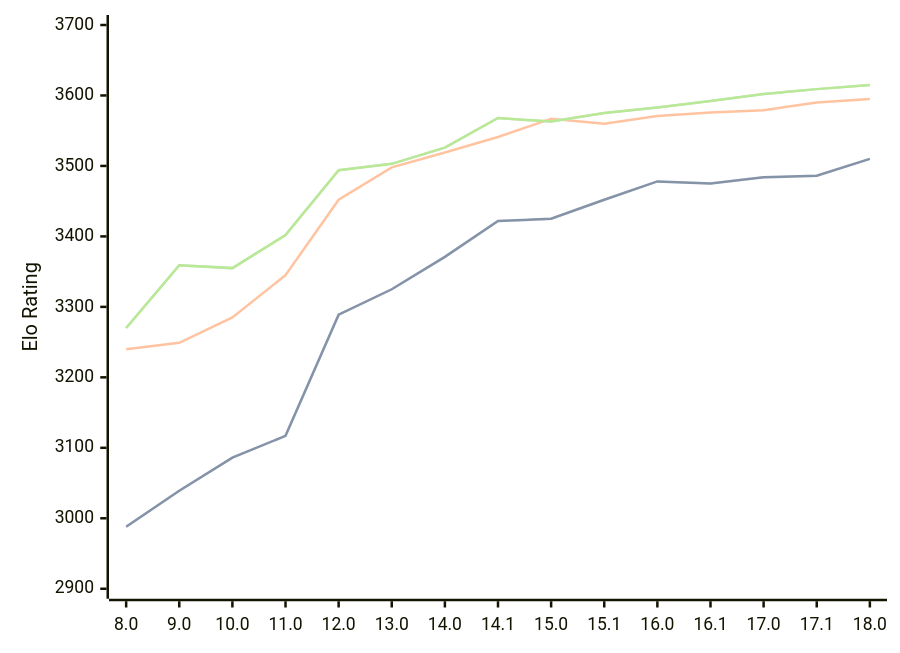
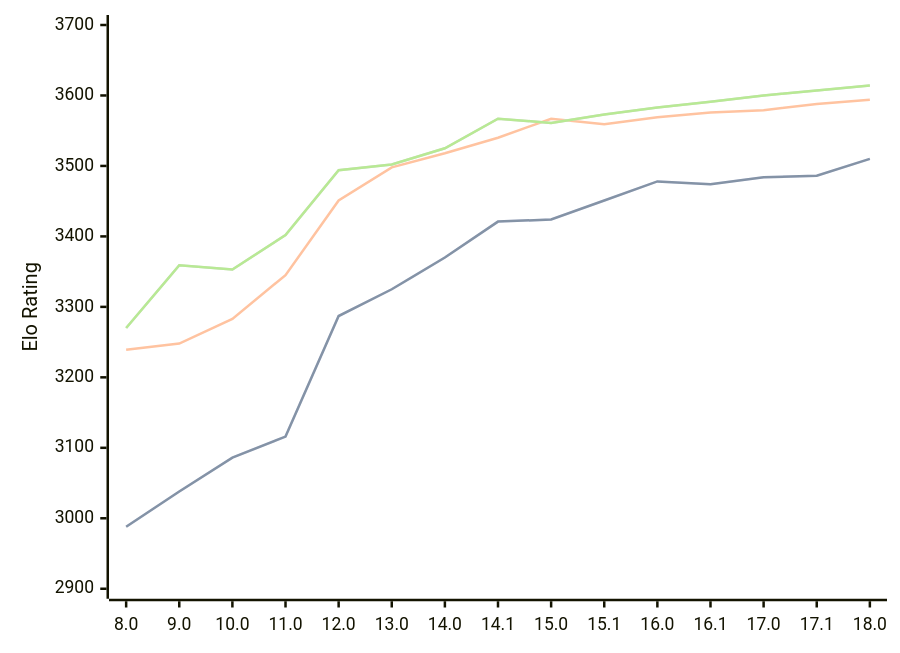
One commit to computer-chess-index/cci changed the diagram in engines/Stockfish.md. Above: the diagram before and after it, drawn with Mermaid. The commit also changed other lines of this file, not shown here.

Commit message:
Update CCI Ratings (ELO VLTC) - 2026-09-01

````diff
--- a/engines/Stockfish.md
+++ b/engines/Stockfish.md
@@ -45,11 +45,11 @@
 ```mermaid
 %%{init: {"theme":"base","themeVariables":{"seriesColors:['#a3a3a3','#222221','#faa371']}}}%%
 xychart-beta
   x-axis ["8.0", "9.0", "10.0", "11.0", "12.0", "13.0", "14.0", "14.1", "15.0", "15.1", "16.0", "16.1", "17.0", "17.1", "18.0"]
   y-axis "Elo Rating" 2900 --> 3700
-  line "" [2988, 3039, 3086, 3117, 3289, 3325, 3371, 3422, 3425, 3452, 3478, 3475, 3484, 3486, 3510]
-  line "STC (8.0+0.08s)" [2988, 3039, 3086, 3117, 3289, 3325, 3371, 3422, 3425, 3452, 3478, 3475, 3484, 3486, 3510]
-  line "LTC (60.0+0.60s)" [3240, 3249, 3285, 3345, 3452, 3498, 3519, 3541, 3567, 3560, 3571, 3576, 3579, 3590, 3595]
-  line "" [3270, 3359, 3355, 3402, 3494, 3503, 3526, 3568, 3563, 3575, 3583, 3592, 3602, 3609, 3615]
-  line "VLTC (2m24s+1.12s)" [3270, 3359, 3355, 3402, 3494, 3503, 3526, 3568, 3563, 3575, 3583, 3592, 3602, 3609, 3615]
+  line "" [2988, 3038, 3086, 3116, 3287, 3325, 3370, 3421, 3424, 3451, 3478, 3474, 3484, 3486, 3510]
+  line "STC (8.0+0.08s)" [2988, 3038, 3086, 3116, 3287, 3325, 3370, 3421, 3424, 3451, 3478, 3474, 3484, 3486, 3510]
+  line "LTC (60.0+0.60s)" [3239, 3248, 3283, 3345, 3451, 3498, 3518, 3540, 3567, 3559, 3569, 3576, 3579, 3588, 3594]
+  line "" [3270, 3359, 3353, 3402, 3494, 3502, 3525, 3567, 3561, 3573, 3583, 3591, 3600, 3607, 3614]
+  line "VLTC (2m24s+1.12s)" [3270, 3359, 3353, 3402, 3494, 3502, 3525, 3567, 3561, 3573, 3583, 3591, 3600, 3607, 3614]
 ```
````
